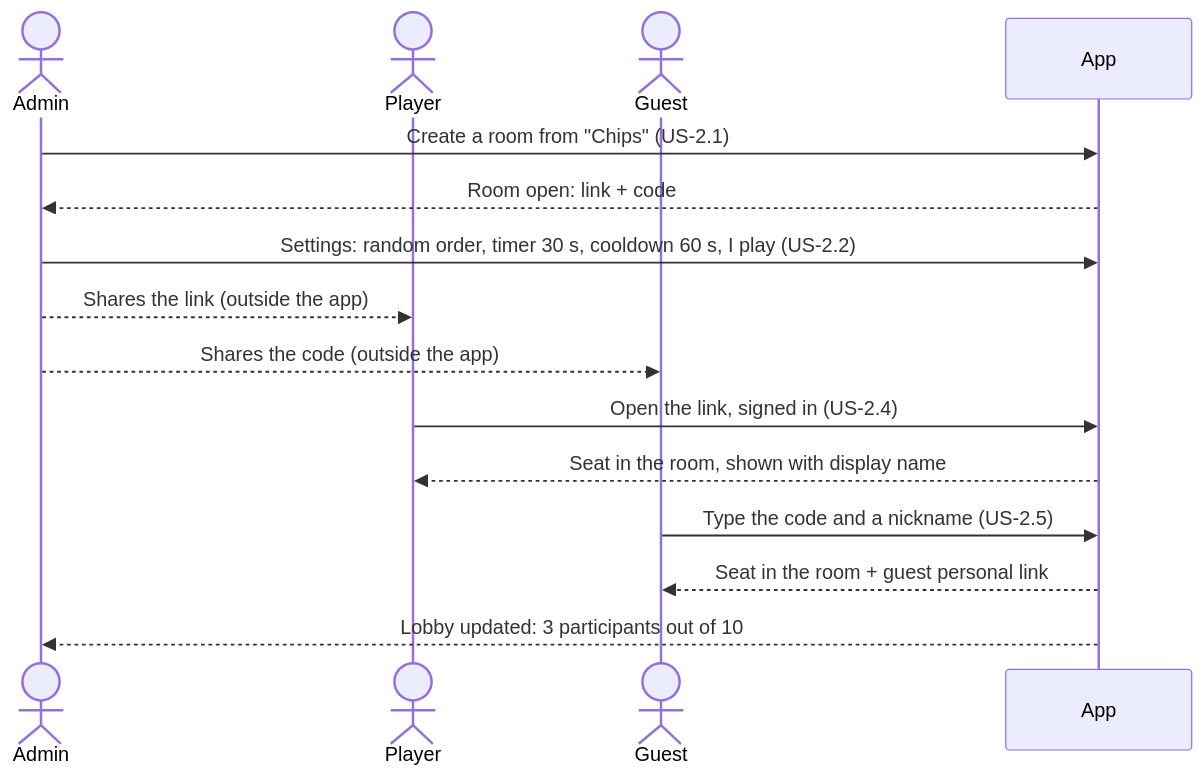
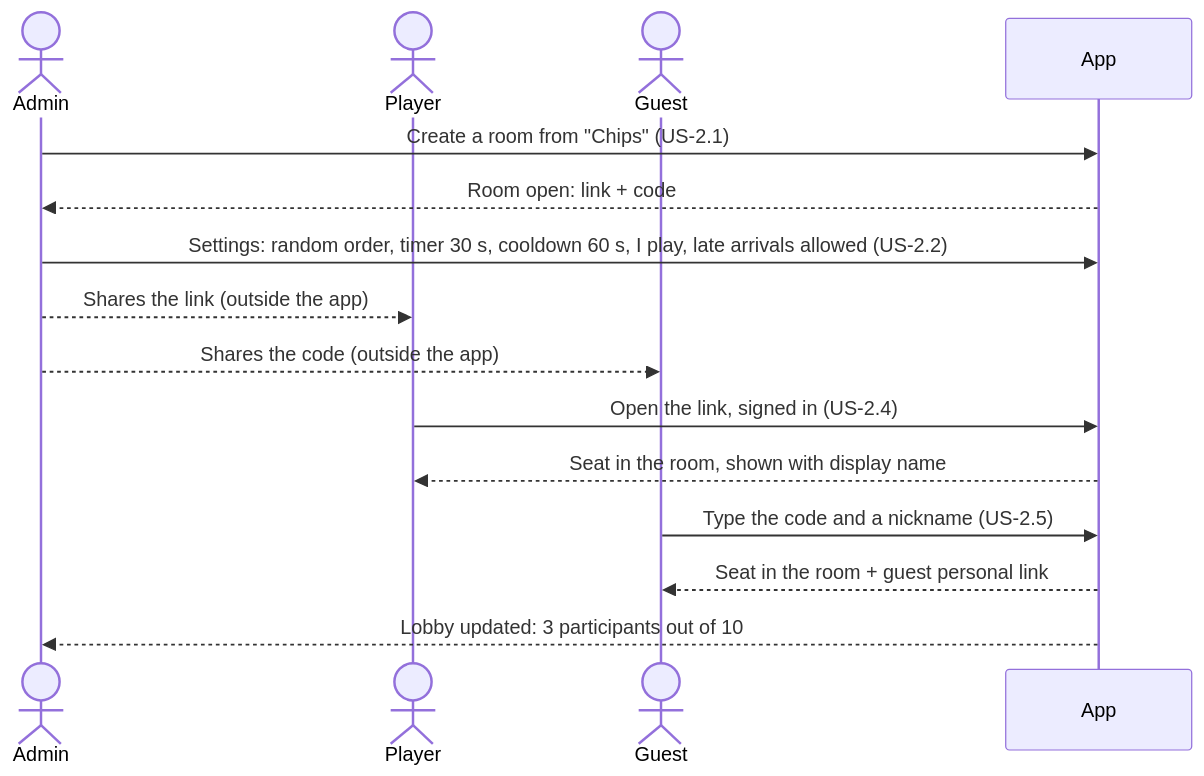
The second of 5 diagrams in docs/product/milestone-1/game-flow.md (Bagra67/TierList), drawn with Mermaid before and after one commit. The commit also changed other lines of this file and 19 other files, not shown here.

````diff
--- a/docs/product/milestone-1/game-flow.md
+++ b/docs/product/milestone-1/game-flow.md
@@ -28,17 +28,17 @@
 ```mermaid
 sequenceDiagram
     actor Admin
     actor Player
     actor Guest
     participant App
     Admin->>App: Create a room from "Chips" (US-2.1)
     App-->>Admin: Room open: link + code
-    Admin->>App: Settings: random order, timer 30 s, cooldown 60 s, I play (US-2.2)
+    Admin->>App: Settings: random order, timer 30 s, cooldown 60 s, I play, late arrivals allowed (US-2.2)
     Admin-->>Player: Shares the link (outside the app)
     Admin-->>Guest: Shares the code (outside the app)
     Player->>App: Open the link, signed in (US-2.4)
     App-->>Player: Seat in the room, shown with display name
     Guest->>App: Type the code and a nickname (US-2.5)
     App-->>Guest: Seat in the room + guest personal link
     App-->>Admin: Lobby updated: 3 participants out of 10
 ```
````
